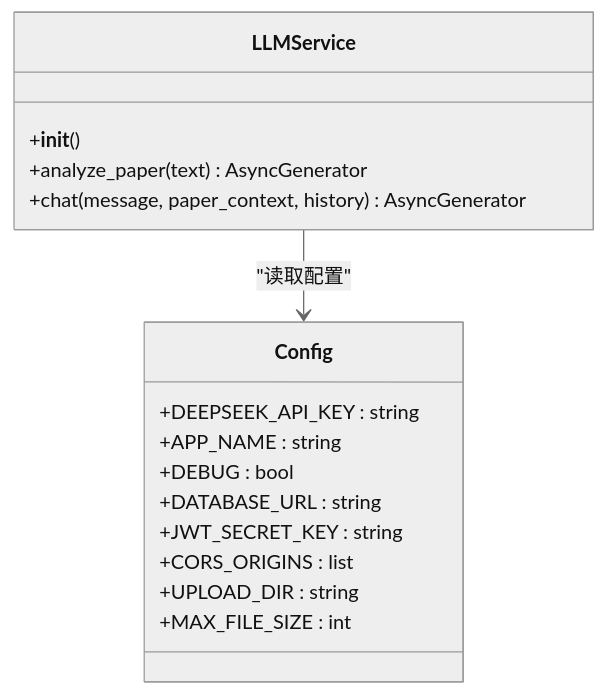
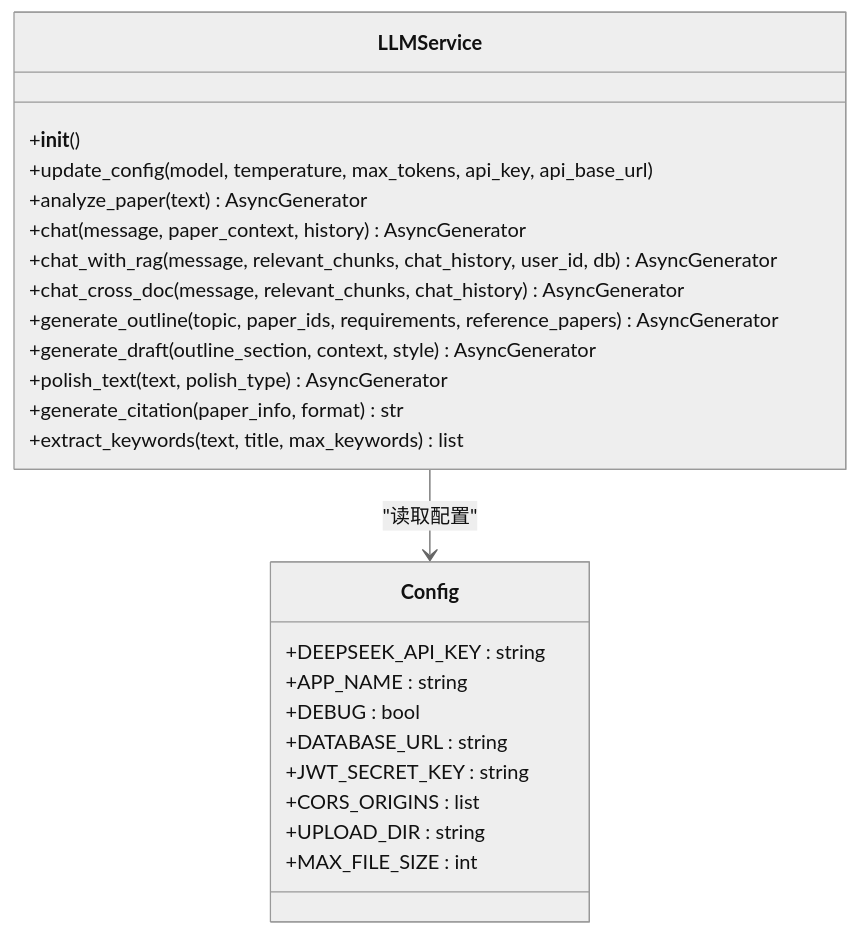
Before and after one commit to laohanhahaha/PaperChat: the third of 8 diagrams in .qoder/repowiki/zh/content/后端系统/业务服务层/LLM 服务.md, drawn with Mermaid (neutral theme). The commit also changed other lines of this file and 8 other files, not shown here.

````diff
--- a/.qoder/repowiki/zh/content/后端系统/业务服务层/LLM 服务.md
+++ b/.qoder/repowiki/zh/content/后端系统/业务服务层/LLM 服务.md
@@ -140,19 +153,27 @@
 ```mermaid
 classDiagram
 class LLMService {
 +__init__()
++update_config(model, temperature, max_tokens, api_key, api_base_url)
 +analyze_paper(text) AsyncGenerator
 +chat(message, paper_context, history) AsyncGenerator
++chat_with_rag(message, relevant_chunks, chat_history, user_id, db) AsyncGenerator
++chat_cross_doc(message, relevant_chunks, chat_history) AsyncGenerator
++generate_outline(topic, paper_ids, requirements, reference_papers) AsyncGenerator
++generate_draft(outline_section, context, style) AsyncGenerator
++polish_text(text, polish_type) AsyncGenerator
++generate_citation(paper_info, format) str
++extract_keywords(text, title, max_keywords) list
 }
 class Config {
 +DEEPSEEK_API_KEY : string
 +APP_NAME : string
 +DEBUG : bool
 +DATABASE_URL : string
 +JWT_SECRET_KEY : string
 +CORS_ORIGINS : list
 +UPLOAD_DIR : string
 +MAX_FILE_SIZE : int
 }
 LLMService --> Config : "读取配置"
 ```
````
